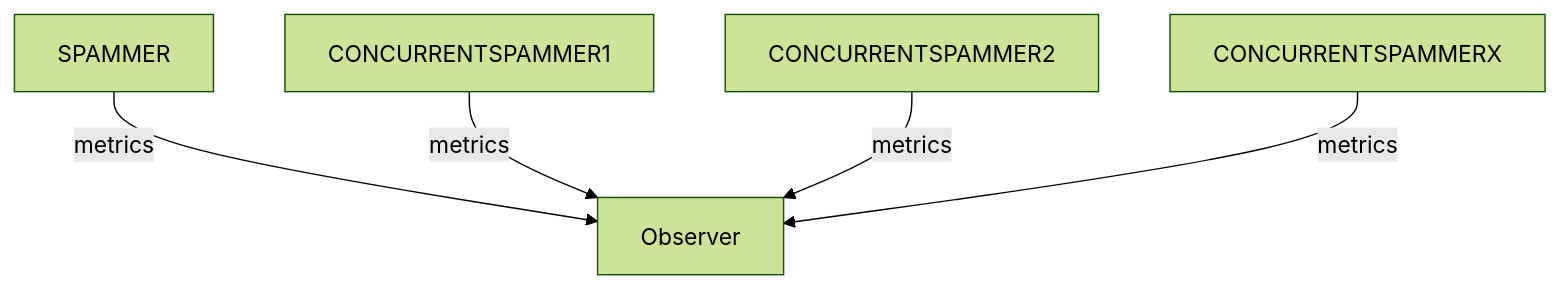
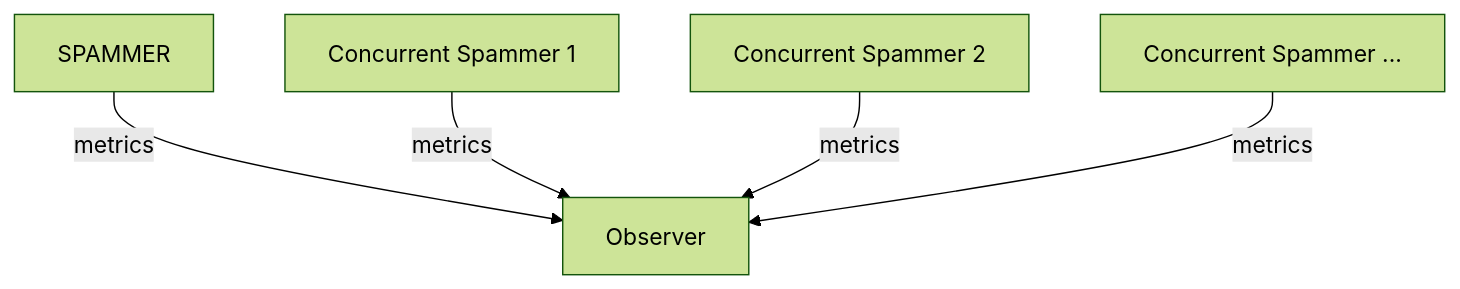
One commit to DataDog/apm-transport-stress-tests changed the fourth of 4 diagrams in README.md. Above: the diagram before and after it, drawn with Mermaid (forest theme). The commit also changed other lines of this file, not shown here.

````diff
--- a/README.md
+++ b/README.md
@@ -90,8 +91,8 @@
 ```mermaid
 flowchart TD
     OBSERVER[Observer]
     SPAMMER -->|metrics| OBSERVER
-    CONCURRENTSPAMMER1 -->|metrics| OBSERVER
-    CONCURRENTSPAMMER2 -->|metrics| OBSERVER
-    CONCURRENTSPAMMERX -->|metrics| OBSERVER
+    CONCURRENTSPAMMER1[Concurrent Spammer 1]-->|metrics| OBSERVER
+    CONCURRENTSPAMMER2[Concurrent Spammer 2] -->|metrics| OBSERVER
+    CONCURRENTSPAMMERX[Concurrent Spammer ...] -->|metrics| OBSERVER
 ```
````
